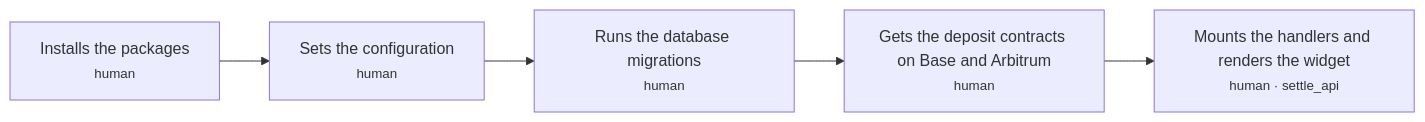
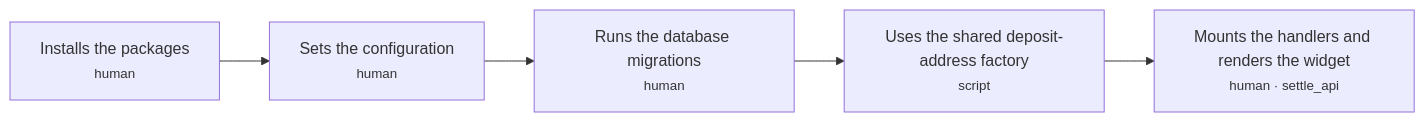
One commit to hivinaynair/settle-kit changed the first of 6 diagrams in docs/journeys/settle-kit.md. Above: the diagram before and after it, drawn with Mermaid. The commit also changed other lines of this file and 2 other files, not shown here.

First line of the commit message:
journeys: J1 confirmed; Q14 answered (D134 shared factory), database URL, test-mode simulate button

````diff
--- a/docs/journeys/settle-kit.md
+++ b/docs/journeys/settle-kit.md
@@ -38,12 +38,12 @@
 ```mermaid
 flowchart LR
   J1_S1["Installs the packages<br/><small>human</small>"]
   J1_S2["Sets the configuration<br/><small>human</small>"]
   J1_S3["Runs the database migrations<br/><small>human</small>"]
-  J1_S4["Gets the deposit contracts on Base and Arbitrum<br/><small>human</small>"]
+  J1_S4["Uses the shared deposit-address factory<br/><small>script</small>"]
   J1_S5["Mounts the handlers and renders the widget<br/><small>human · settle_api</small>"]
   J1_S1 --> J1_S2
   J1_S2 --> J1_S3
   J1_S3 --> J1_S4
   J1_S4 --> J1_S5
 ```
````
